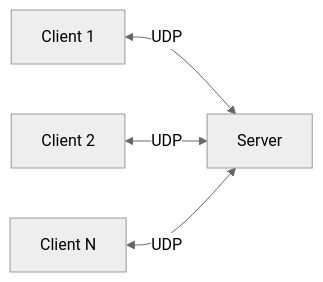
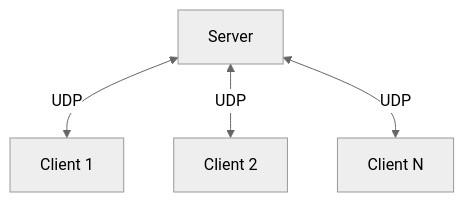
One commit to animatour/animatour changed the diagram in README.md. Above: the diagram before and after it, drawn with Mermaid (neutral theme).

Commit message:
Change graph direction to bottom-to-top.

````diff
--- a/README.md
+++ b/README.md
@@ -15,6 +15,6 @@
 ```mermaid
-graph LR;
+graph BT;
     c1[Client 1]<--UDP-->s[Server];
     c2[Client 2]<--UDP-->s;
     cN[Client N]<--UDP-->s;
 ```
````
